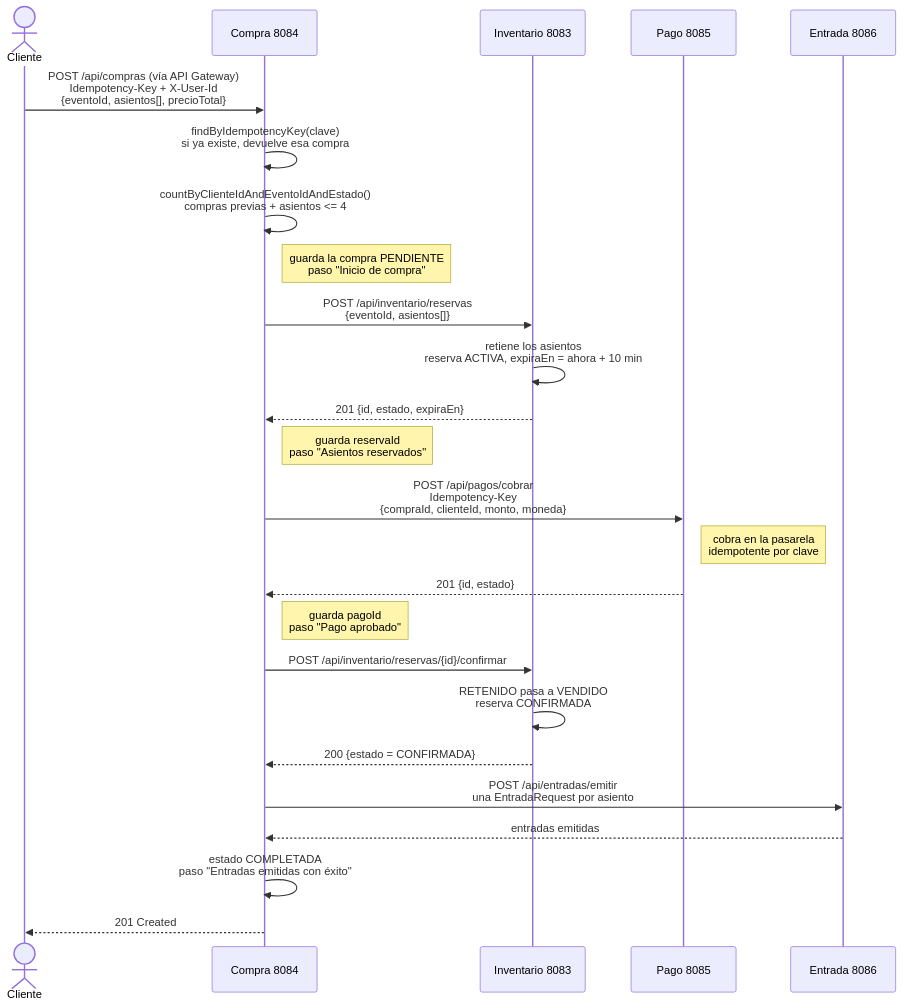
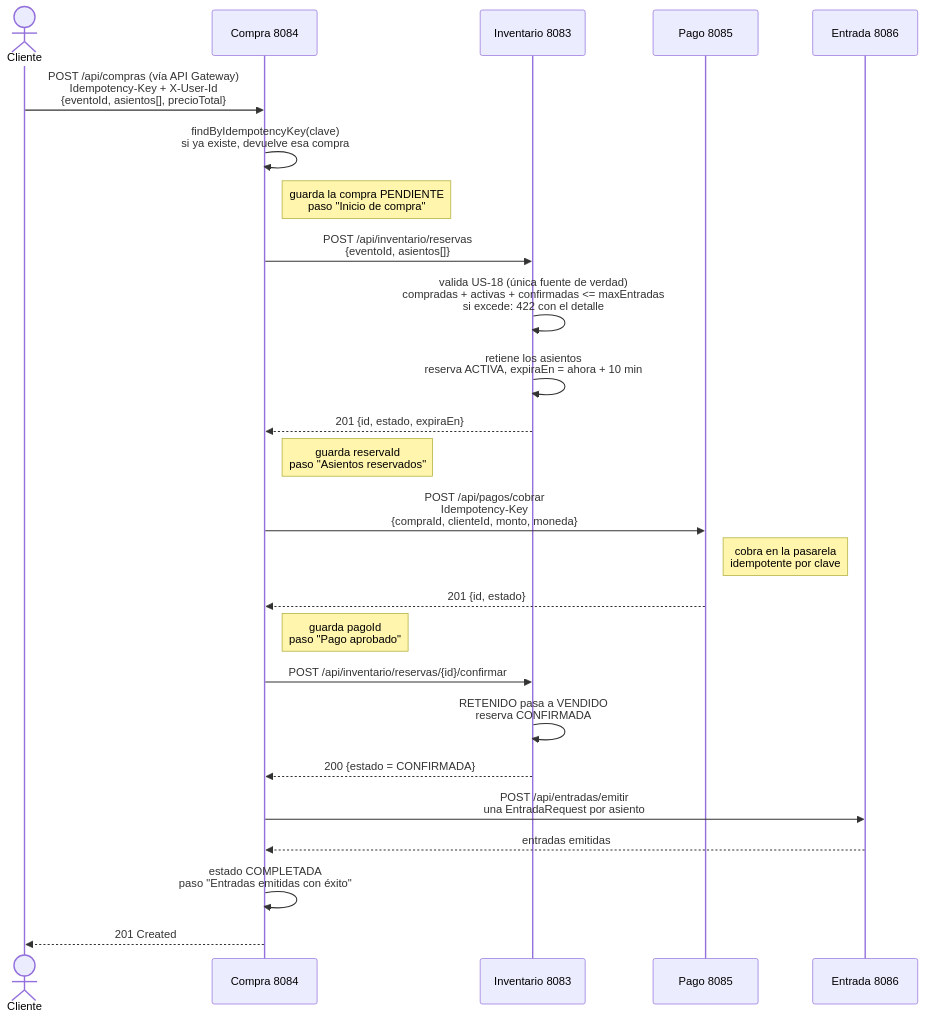
The first of 3 diagrams in docs/diagramas/secuencia-compra/README.md (annaknell/TP4-arquitecturas-web-grupo1), drawn with Mermaid before and after one commit. The commit also changed 8 other files, not shown here.

First line of the commit message:
fix(US-18): unificar el limite de entradas por cliente en inventario

````diff
--- a/docs/diagramas/secuencia-compra/README.md
+++ b/docs/diagramas/secuencia-compra/README.md
@@ -15,28 +15,28 @@
 ```mermaid
 sequenceDiagram
     actor C as Cliente
     participant CO as Compra 8084
     participant IN as Inventario 8083
     participant PA as Pago 8085
     participant EN as Entrada 8086
 
     C->>CO: POST /api/compras (vía API Gateway)<br/>Idempotency-Key + X-User-Id<br/>{eventoId, asientos[], precioTotal}
     CO->>CO: findByIdempotencyKey(clave)<br/>si ya existe, devuelve esa compra
-    CO->>CO: countByClienteIdAndEventoIdAndEstado()<br/>compras previas + asientos <= 4
     Note right of CO: guarda la compra PENDIENTE<br/>paso "Inicio de compra"
     CO->>IN: POST /api/inventario/reservas<br/>{eventoId, asientos[]}
+    IN->>IN: valida US-18 (única fuente de verdad)<br/>compradas + activas + confirmadas <= maxEntradas<br/>si excede: 422 con el detalle
     IN->>IN: retiene los asientos<br/>reserva ACTIVA, expiraEn = ahora + 10 min
     IN-->>CO: 201 {id, estado, expiraEn}
     Note right of CO: guarda reservaId<br/>paso "Asientos reservados"
     CO->>PA: POST /api/pagos/cobrar<br/>Idempotency-Key<br/>{compraId, clienteId, monto, moneda}
     Note right of PA: cobra en la pasarela<br/>idempotente por clave
     PA-->>CO: 201 {id, estado}
     Note right of CO: guarda pagoId<br/>paso "Pago aprobado"
     CO->>IN: POST /api/inventario/reservas/{id}/confirmar
     IN->>IN: RETENIDO pasa a VENDIDO<br/>reserva CONFIRMADA
     IN-->>CO: 200 {estado = CONFIRMADA}
     CO->>EN: POST /api/entradas/emitir<br/>una EntradaRequest por asiento
     EN-->>CO: entradas emitidas
     CO->>CO: estado COMPLETADA<br/>paso "Entradas emitidas con éxito"
     CO-->>C: 201 Created
 ```
````
